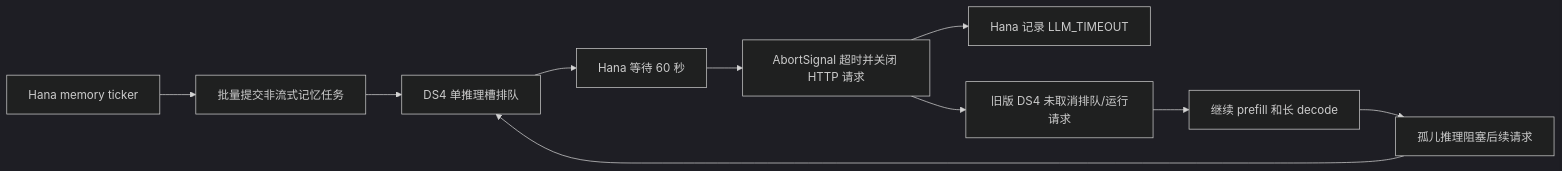
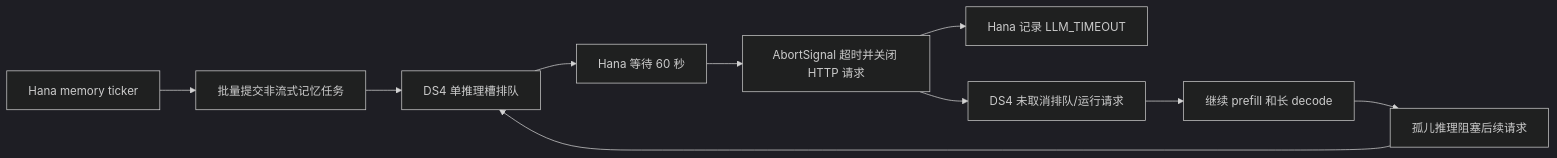
The diagram in docs/openhanako-memory-timeout-analysis.md (sohardcement/dsv4withdashboard), drawn with Mermaid (dark theme) before and after one commit. The commit also changed other lines of this file and 20 other files, not shown here.

````diff
--- a/docs/openhanako-memory-timeout-analysis.md
+++ b/docs/openhanako-memory-timeout-analysis.md
@@ -80,12 +77,12 @@
 ```mermaid
 flowchart LR
     A["Hana memory ticker"] --> B["批量提交非流式记忆任务"]
     B --> C["DS4 单推理槽排队"]
     C --> D["Hana 等待 60 秒"]
     D --> E["AbortSignal 超时并关闭 HTTP 请求"]
     E --> F["Hana 记录 LLM_TIMEOUT"]
-    E --> G["旧版 DS4 未取消排队/运行请求"]
+    E --> G["DS4 未取消排队/运行请求"]
     G --> H["继续 prefill 和长 decode"]
     H --> I["孤儿推理阻塞后续请求"]
     I --> C
 ```
````
